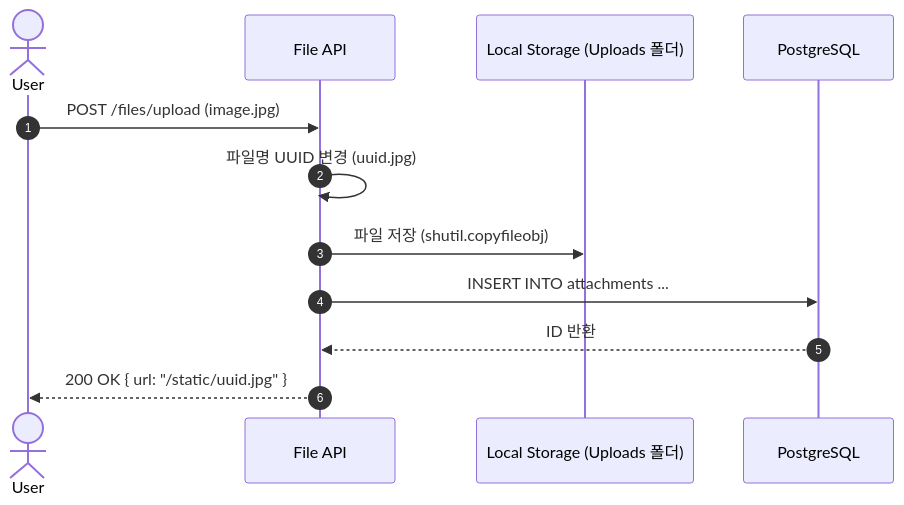
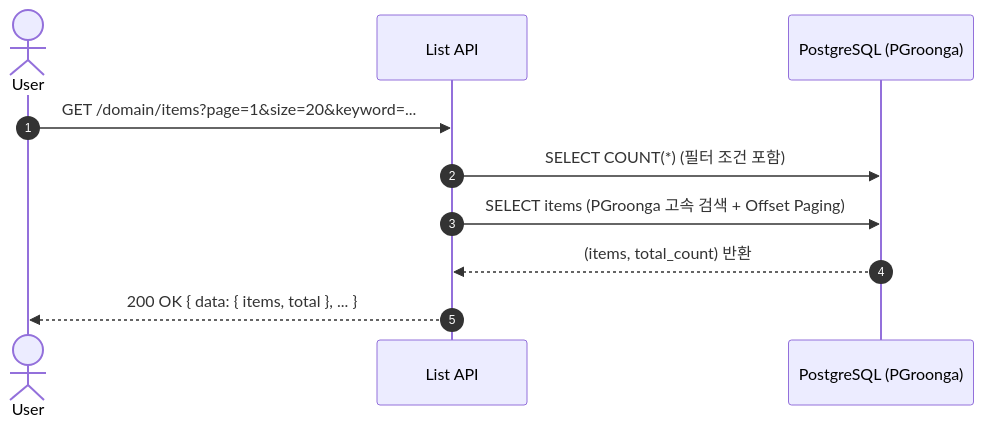
Before and after one commit to foxwood71/sfms: the second of 2 diagrams in docs/SFMS Phase 1/SFMS Phase 1 doc06 - 기능명세서.md, drawn with Mermaid. The commit also changed other lines of this file and 42 other files, not shown here.

````diff
--- a/docs/SFMS Phase 1/SFMS Phase 1 doc06 - 기능명세서.md
+++ b/docs/SFMS Phase 1/SFMS Phase 1 doc06 - 기능명세서.md
@@ -68,19 +42,14 @@
 ```mermaid
 sequenceDiagram
     autonumber
     actor User
-    participant API as File API
-    participant Disk as Local Storage (Uploads 폴더)
-    participant DB as PostgreSQL
+    participant API as List API
+    participant DB as PostgreSQL (PGroonga)
 
-    User->>API: POST /files/upload (image.jpg)
+    User->>API: GET /domain/items?page=1&size=20&keyword=...
+    API->>DB: SELECT COUNT(*) (필터 조건 포함)
+    API->>DB: SELECT items (PGroonga 고속 검색 + Offset Paging)
+    DB-->>API: (items, total_count) 반환
     
-    API->>API: 파일명 UUID 변경 (uuid.jpg)
-    API->>Disk: 파일 저장 (shutil.copyfileobj)
-    
-    API->>DB: INSERT INTO attachments ...
-    DB-->>API: ID 반환
-    
-    API-->>User: 200 OK { url: "/static/uuid.jpg" }
-
+    API-->>User: 200 OK { data: { items, total }, ... }
 ```
````
